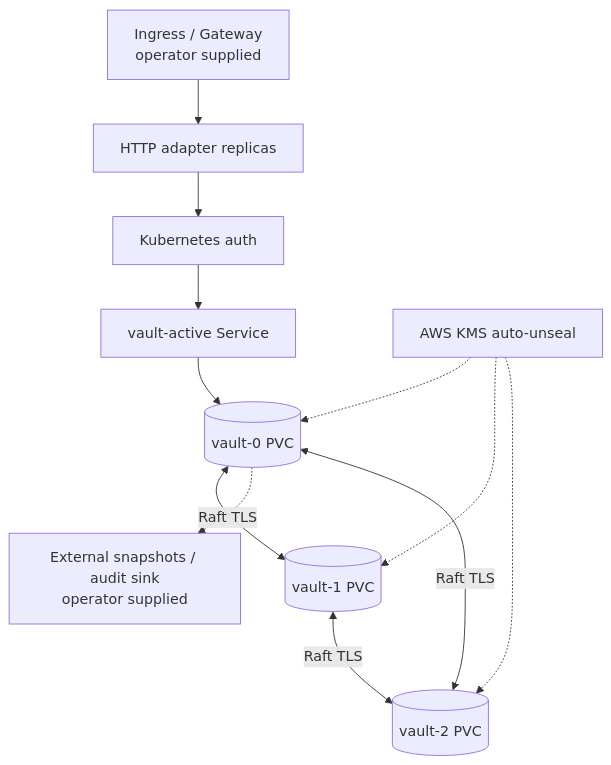
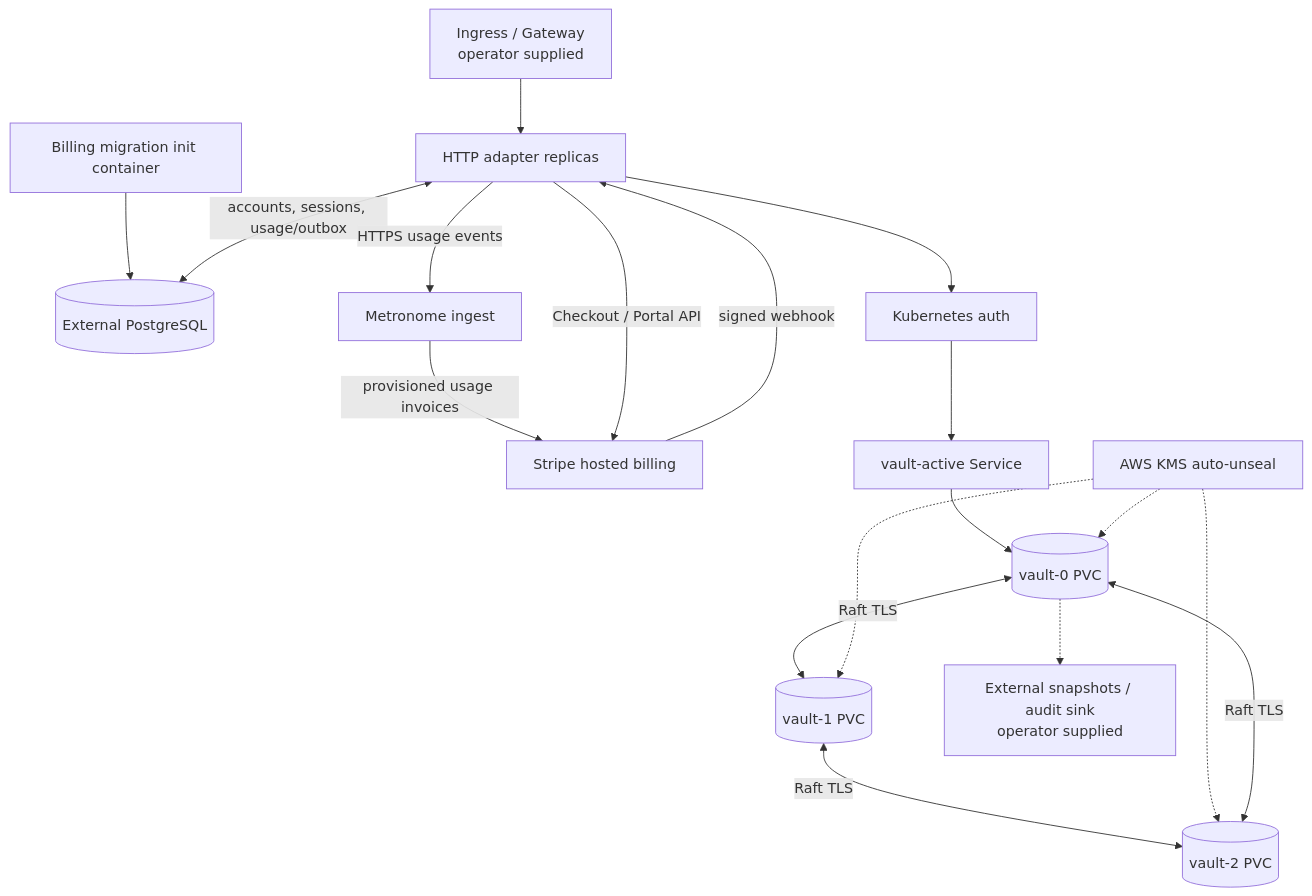
The fifth of 5 diagrams in docs/ARCHITECTURE.md (Spiral-Safe/specs), drawn with Mermaid before and after one commit. The commit also changed other lines of this file and 6 other files, not shown here.

Commit message:
docs: document billing demos and quorum architecture

````diff
--- a/docs/ARCHITECTURE.md
+++ b/docs/ARCHITECTURE.md
@@ -254,23 +372,33 @@
 ```mermaid
 flowchart TB
     IN[Ingress / Gateway<br/>operator supplied]
     A[HTTP adapter replicas]
+    MIG[Billing migration init container]
+    PG[(External PostgreSQL)]
+    MET[Metronome ingest]
+    STRIPE[Stripe hosted billing]
     K8S[Kubernetes auth]
     VS[vault-active Service]
     V0[(vault-0 PVC)]
     V1[(vault-1 PVC)]
     V2[(vault-2 PVC)]
     KMS[AWS KMS auto-unseal]
     BACKUP[External snapshots / audit sink<br/>operator supplied]
 
     IN --> A
+    MIG --> PG
+    A <-->|accounts, sessions, usage/outbox| PG
+    A -->|HTTPS usage events| MET
+    MET -->|provisioned usage invoices| STRIPE
+    A -->|Checkout / Portal API| STRIPE
+    STRIPE -->|signed webhook| A
     A --> K8S --> VS
     VS --> V0
     V0 <-->|Raft TLS| V1
     V1 <-->|Raft TLS| V2
     V2 <-->|Raft TLS| V0
     KMS -.-> V0
     KMS -.-> V1
     KMS -.-> V2
     V0 -.-> BACKUP
 ```
````
